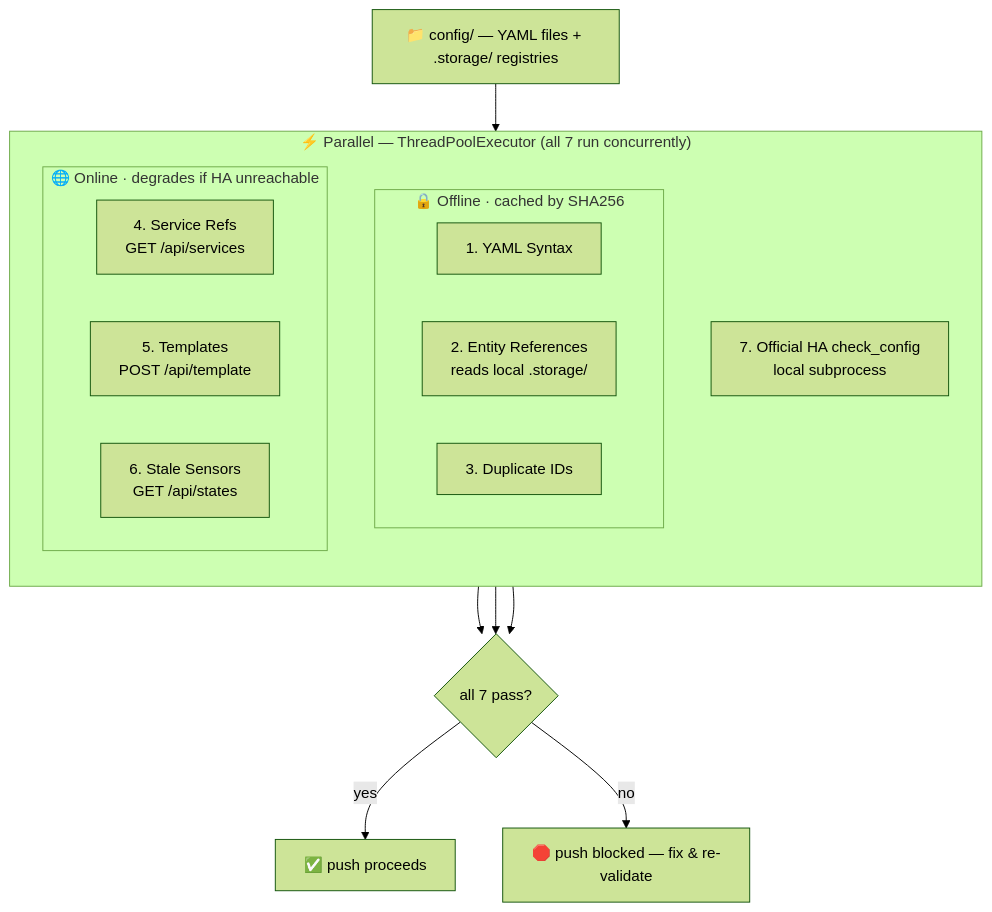
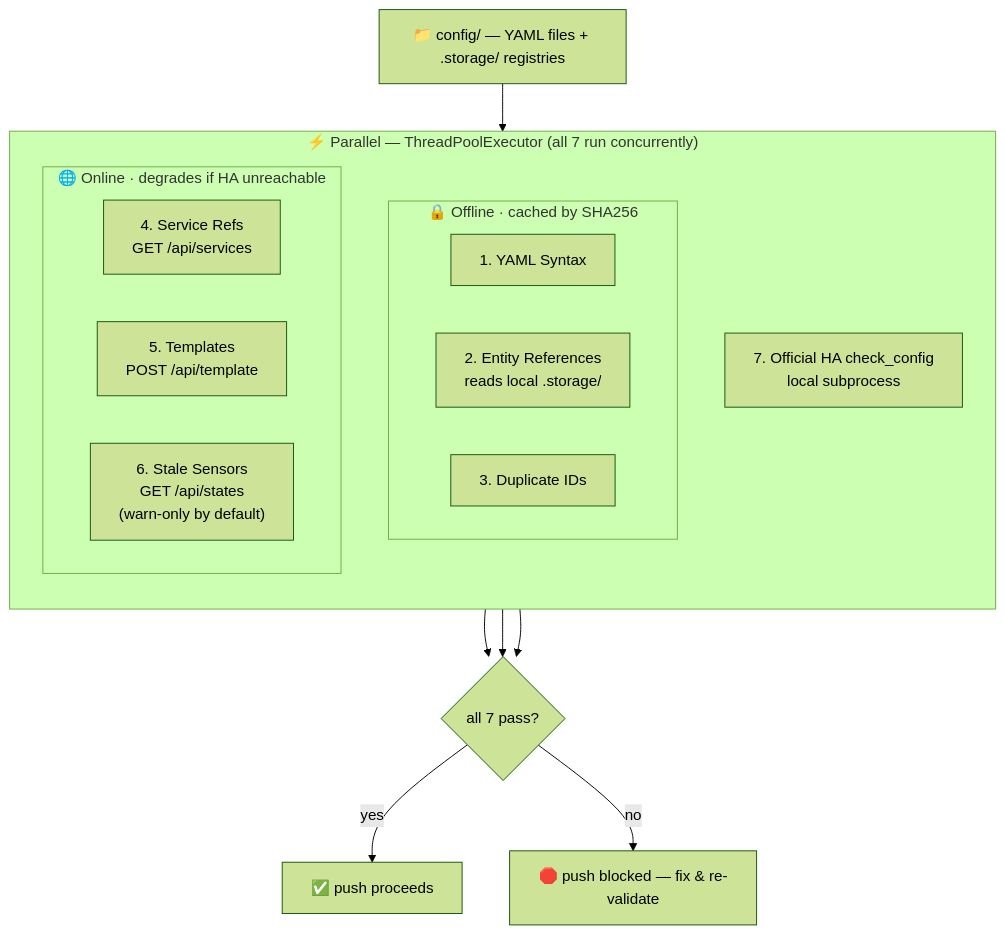
Before and after one commit to stephenwong/ai-homeassistant: the fourth of 4 diagrams in README.md, drawn with Mermaid (forest theme). The commit also changed other lines of this file and 8 other files, not shown here.

````diff
--- a/README.md
+++ b/README.md
@@ -393,32 +361,32 @@
 ```mermaid
 flowchart TB
     config["📁 config/ — YAML files + .storage/ registries"]
 
     config --> pool
 
     subgraph pool["⚡ Parallel — ThreadPoolExecutor (all 7 run concurrently)"]
         direction TB
 
         subgraph cached["🔒 Offline · cached by SHA256"]
             direction LR
             V1["1. YAML Syntax"]
             V2["2. Entity References<br/>reads local .storage/"]
             V3["3. Duplicate IDs"]
         end
 
         subgraph live["🌐 Online · degrades if HA unreachable"]
             direction LR
             V4["4. Service Refs<br/>GET /api/services"]
             V5["5. Templates<br/>POST /api/template"]
-            V6["6. Stale Sensors<br/>GET /api/states"]
+            V6["6. Stale Sensors<br/>GET /api/states<br/>(warn-only by default)"]
         end
 
         V7["7. Official HA check_config<br/>local subprocess"]
     end
 
     cached --> gate{"all 7 pass?"}
     live --> gate
     V7 --> gate
     gate -->|"yes"| ok["✅ push proceeds"]
     gate -->|"no"| block["🛑 push blocked — fix & re-validate"]
 ```
````
